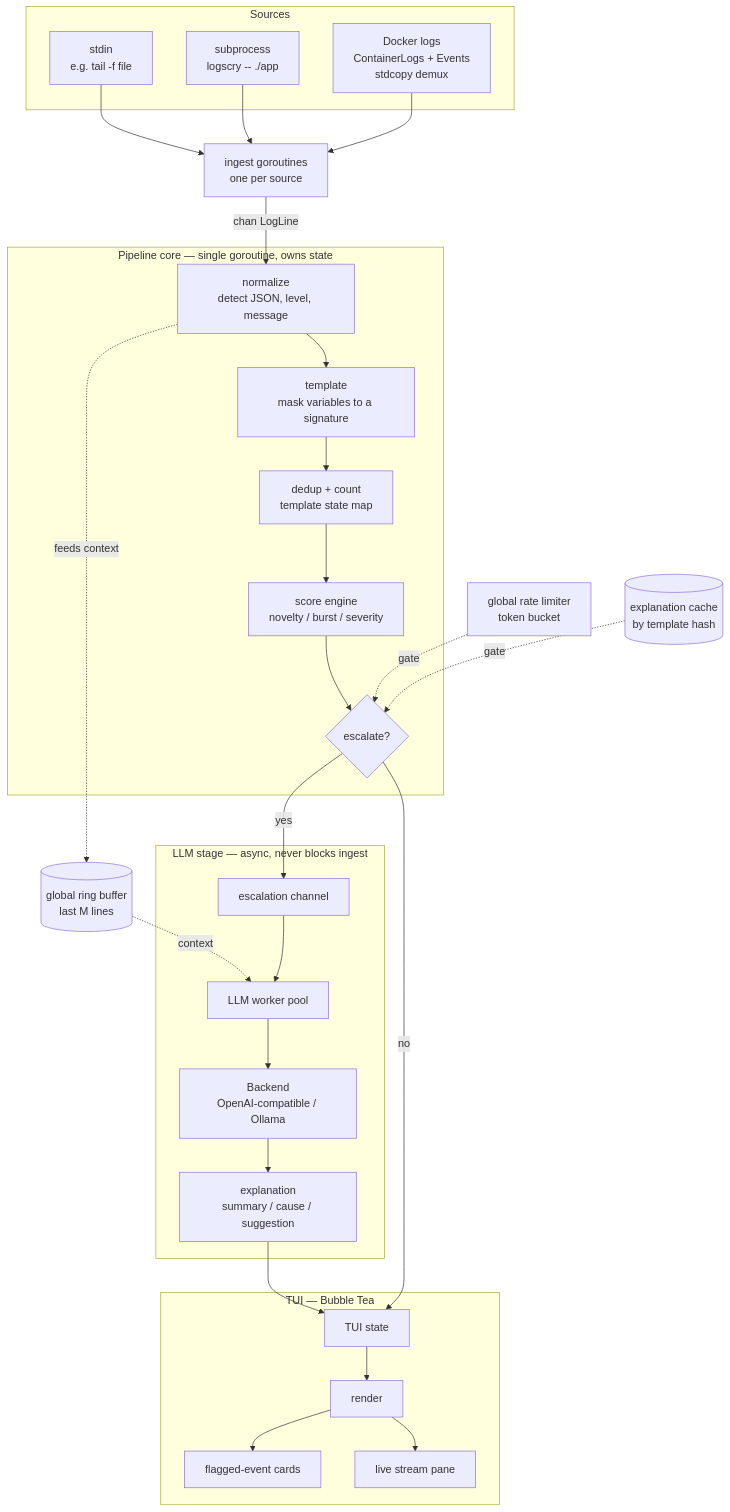
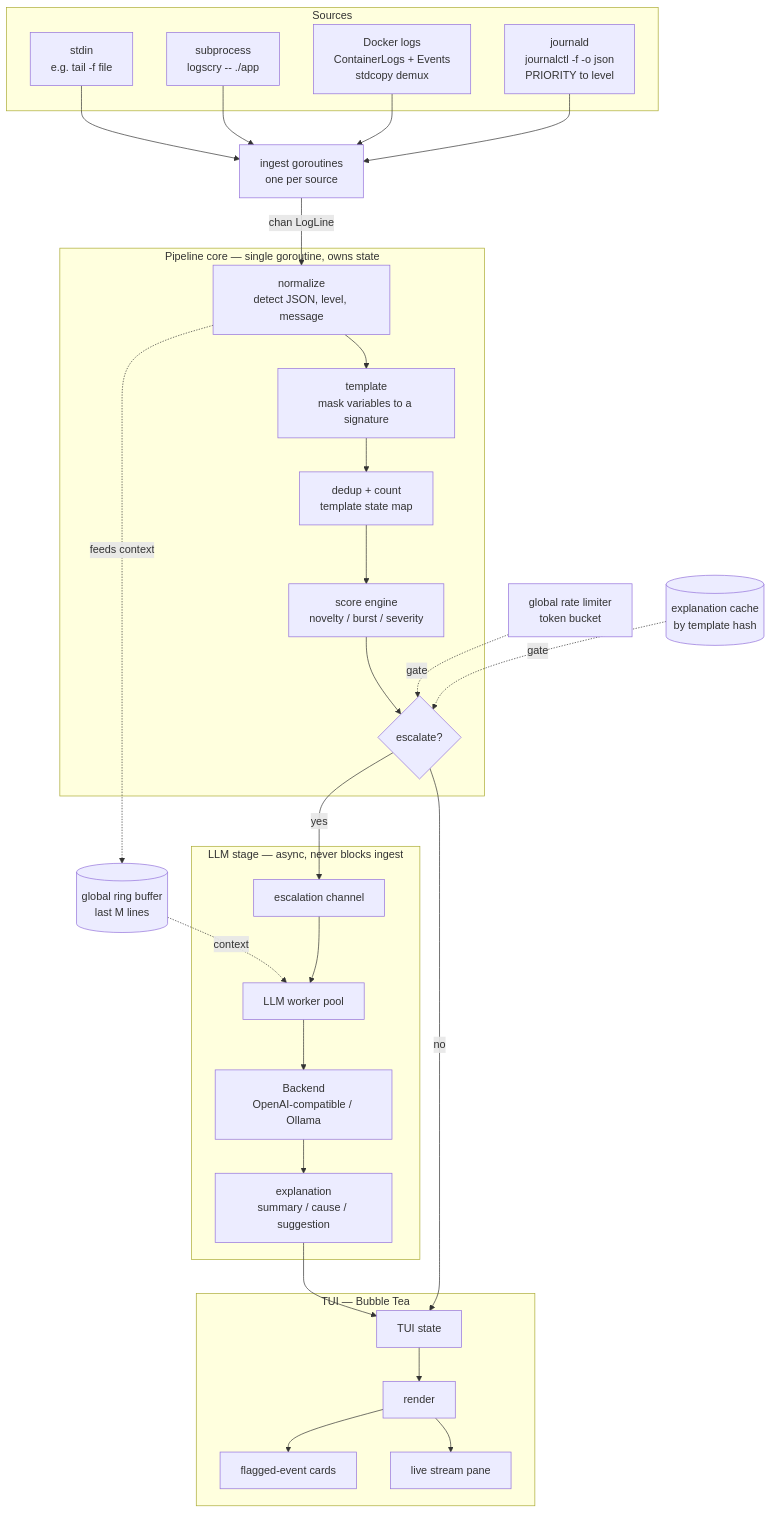
Before and after one commit to maxie7/logscry: the diagram in README.md, drawn with Mermaid. The commit also changed other lines of this file and 13 other files, not shown here.

````diff
--- a/README.md
+++ b/README.md
@@ -147,52 +153,54 @@
 ```mermaid
 flowchart TD
     subgraph SRC["Sources"]
         A1["stdin<br/>e.g. tail -f file"]
         A2["subprocess<br/>logscry -- ./app"]
         A3["Docker logs<br/>ContainerLogs + Events<br/>stdcopy demux"]
+        A4["journald<br/>journalctl -f -o json<br/>PRIORITY to level"]
     end
 
     subgraph CORE["Pipeline core — single goroutine, owns state"]
         NORM["normalize<br/>detect JSON, level, message"]
         TMPL["template<br/>mask variables to a signature"]
         DEDUP["dedup + count<br/>template state map"]
         SCORE["score engine<br/>novelty / burst / severity"]
         DECIDE{"escalate?"}
         NORM --> TMPL --> DEDUP --> SCORE --> DECIDE
     end
 
     subgraph LLMS["LLM stage — async, never blocks ingest"]
         ESCQ["escalation channel"]
         POOL["LLM worker pool"]
         BACKEND["Backend<br/>OpenAI-compatible / Ollama"]
         EXPL["explanation<br/>summary / cause / suggestion"]
         ESCQ --> POOL --> BACKEND --> EXPL
     end
 
     subgraph TUIS["TUI — Bubble Tea"]
         TSTATE["TUI state"]
         RENDER["render"]
         PANE1["live stream pane"]
         PANE2["flagged-event cards"]
         TSTATE --> RENDER
         RENDER --> PANE1
         RENDER --> PANE2
     end
 
     ING["ingest goroutines<br/>one per source"]
     RING[("global ring buffer<br/>last M lines")]
     RL["global rate limiter<br/>token bucket"]
     CACHE[("explanation cache<br/>by template hash")]
 
     A1 --> ING
     A2 --> ING
     A3 --> ING
+    A4 --> ING
     ING -->|chan LogLine| NORM
     NORM -. feeds context .-> RING
     RL -. gate .-> DECIDE
     CACHE -. gate .-> DECIDE
     DECIDE -->|no| TSTATE
     DECIDE -->|yes| ESCQ
     RING -. context .-> POOL
     EXPL --> TSTATE
 ```
````
